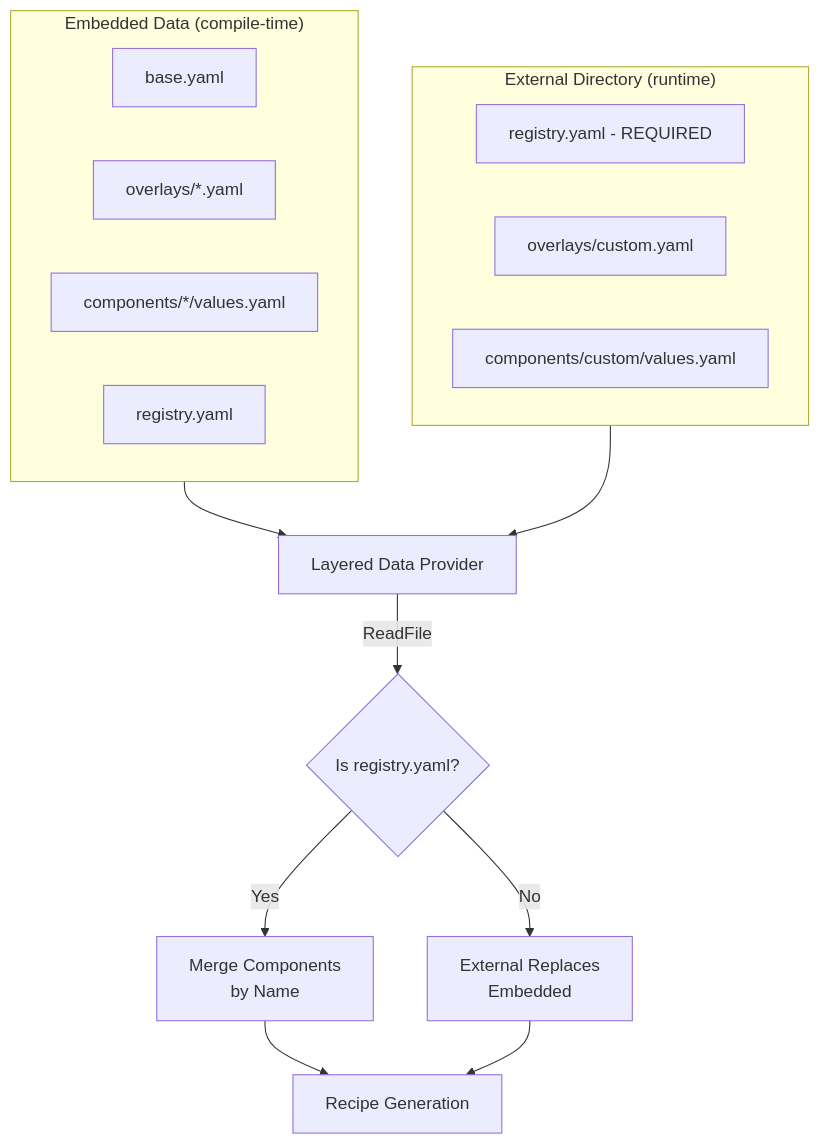
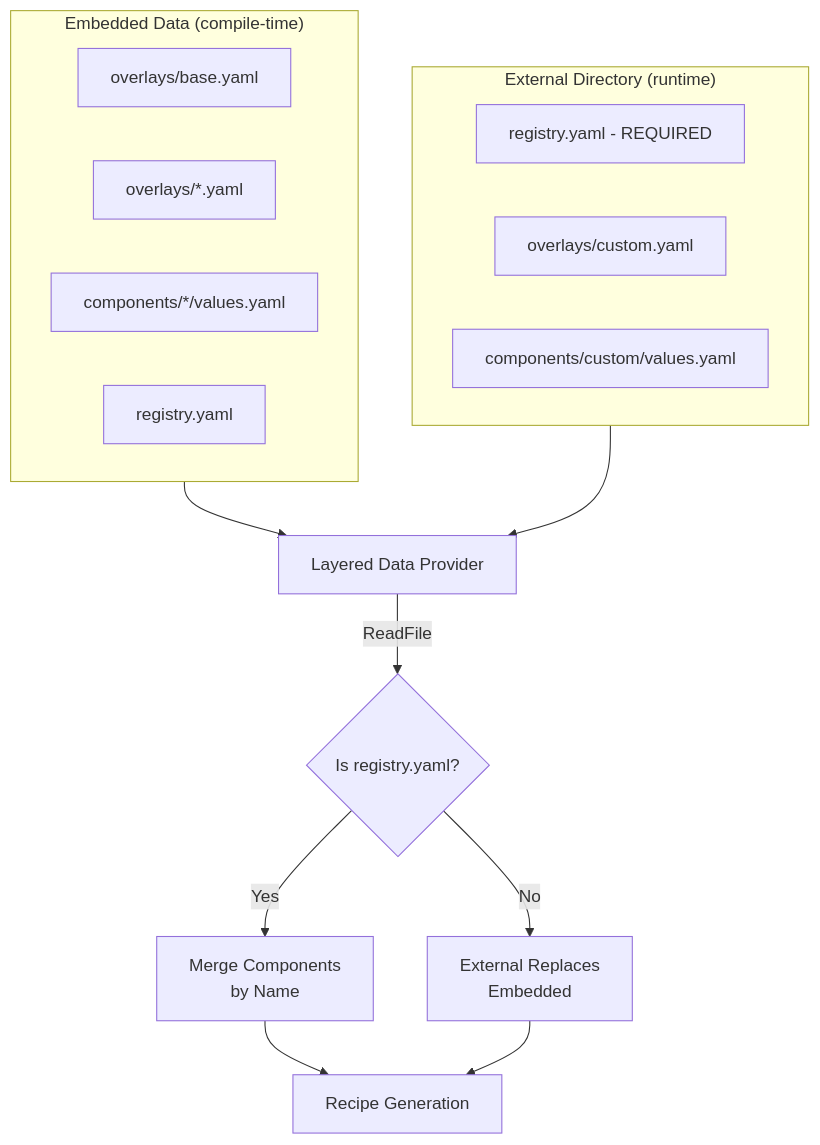
The second of 2 diagrams in docs/architecture/data.md (yuanchen8911/cloud-native-stack), drawn with Mermaid before and after one commit. The commit also changed other lines of this file and 19 other files, not shown here.

````diff
--- a/docs/architecture/data.md
+++ b/docs/architecture/data.md
@@ -1063,25 +1065,25 @@
 ```mermaid
 flowchart TD
     subgraph Embedded["Embedded Data (compile-time)"]
-        E1[base.yaml]
+        E1[overlays/base.yaml]
         E2[overlays/*.yaml]
         E3[components/*/values.yaml]
         E4[registry.yaml]
     end
 
     subgraph External["External Directory (runtime)"]
         X1[registry.yaml - REQUIRED]
         X2[overlays/custom.yaml]
         X3[components/custom/values.yaml]
     end
 
     Embedded --> LP[Layered Data Provider]
     External --> LP
 
     LP --> |ReadFile| MR{Is registry.yaml?}
     MR -->|Yes| Merge[Merge Components<br/>by Name]
     MR -->|No| Replace[External Replaces<br/>Embedded]
 
     Merge --> Output[Recipe Generation]
     Replace --> Output
 ```
````
